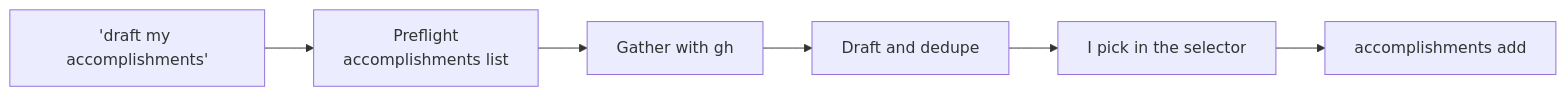
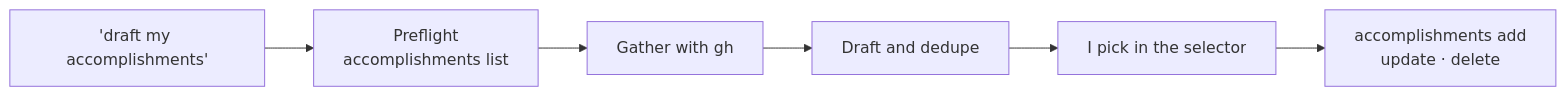
One commit to jlawcordova/jlawcordova-atproto changed the diagram in .claude/skills/accomplishments/README.md. Above: the diagram before and after it, drawn with Mermaid. The commit also changed other lines of this file and 23 other files, not shown here.

````diff
--- a/.claude/skills/accomplishments/README.md
+++ b/.claude/skills/accomplishments/README.md
@@ -25,8 +37,8 @@
 ```mermaid
 flowchart LR
     Ask["'draft my accomplishments'"] --> Pre["Preflight<br/>accomplishments list"]
     Pre --> Gather["Gather with gh"]
     Gather --> Draft["Draft and dedupe"]
     Draft --> Pick["I pick in the selector"]
-    Pick --> Save["accomplishments add"]
+    Pick --> Save["accomplishments add<br/>update · delete"]
 ```
````
